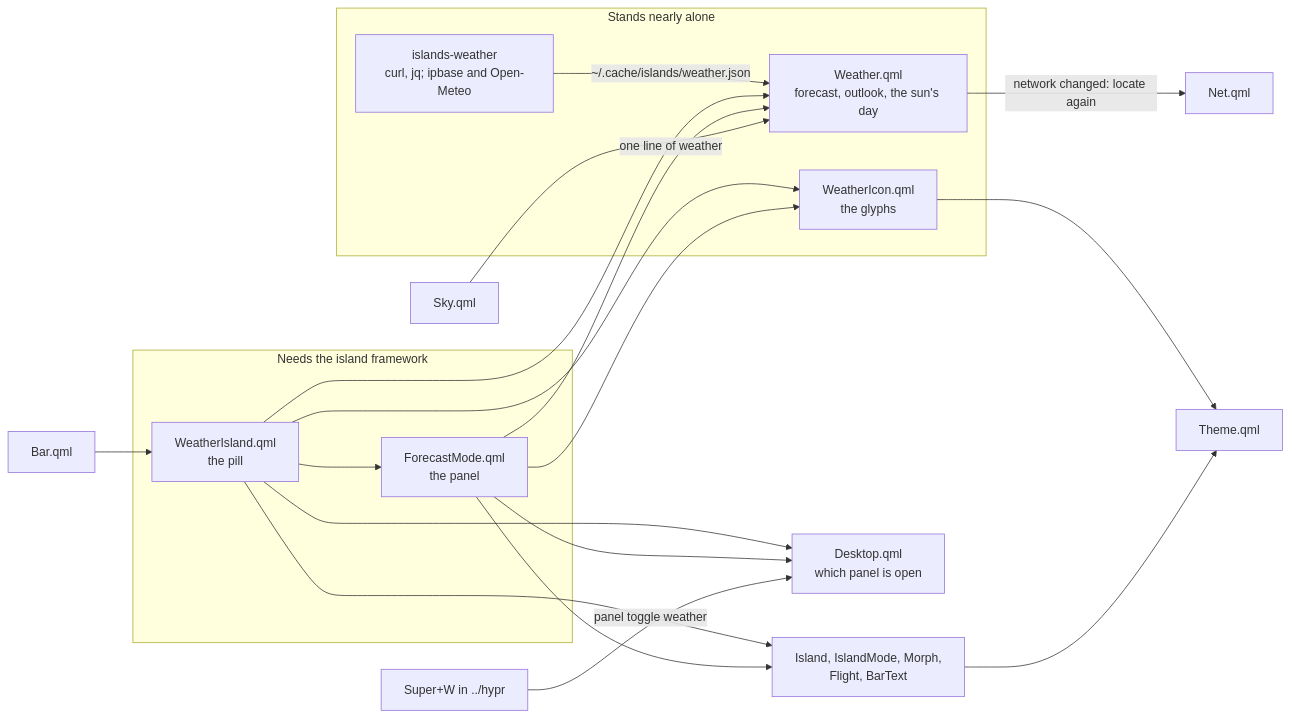
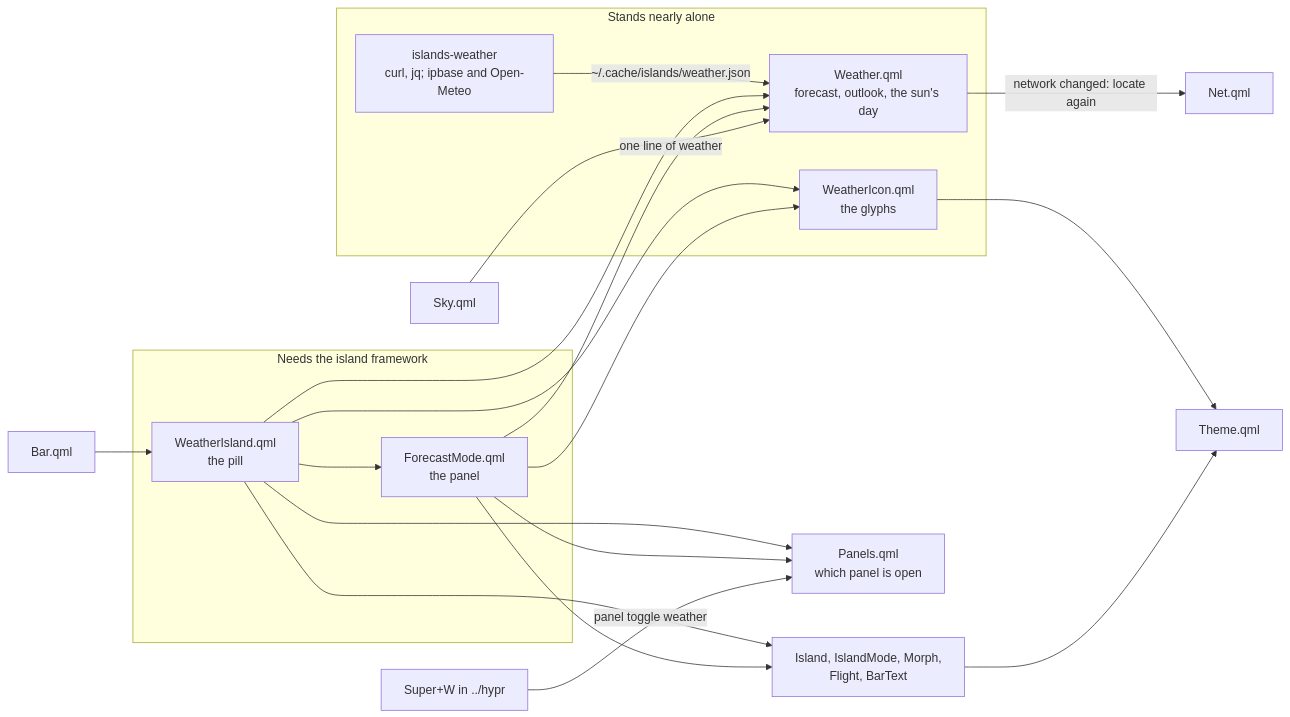
Before and after one commit to EricWardner/nix-config: the second of 2 diagrams in modules/hm/wms/islands/README.md, drawn with Mermaid. The commit also changed other lines of this file and 29 other files, not shown here.

````diff
--- a/modules/hm/wms/islands/README.md
+++ b/modules/hm/wms/islands/README.md
@@ -82,38 +83,38 @@
 ```mermaid
 flowchart LR
   subgraph data["Stands nearly alone"]
     script["islands-weather<br/>curl, jq; ipbase and Open-Meteo"]
     weather["Weather.qml<br/>forecast, outlook, the sun's day"]
     icon["WeatherIcon.qml<br/>the glyphs"]
   end
 
   subgraph look["Needs the island framework"]
     pill["WeatherIsland.qml<br/>the pill"]
     panel["ForecastMode.qml<br/>the panel"]
   end
 
   frame["Island, IslandMode, Morph,<br/>Flight, BarText"]
   theme["Theme.qml"]
-  desktop["Desktop.qml<br/>which panel is open"]
+  panels["Panels.qml<br/>which panel is open"]
   net["Net.qml"]
   bar["Bar.qml"]
   sky["Sky.qml"]
   bind["Super+W in ../hypr"]
 
   script -- "~/.cache/islands/weather.json" --> weather
   weather -- "network changed: locate again" --> net
   icon --> theme
   pill --> weather
   pill --> icon
   pill --> panel
   panel --> weather
   panel --> icon
   pill --> frame
   panel --> frame
-  pill --> desktop
-  panel --> desktop
+  pill --> panels
+  panel --> panels
   frame --> theme
   bar --> pill
   sky -- "one line of weather" --> weather
-  bind -- "panel toggle weather" --> desktop
+  bind -- "panel toggle weather" --> panels
 ```
````
